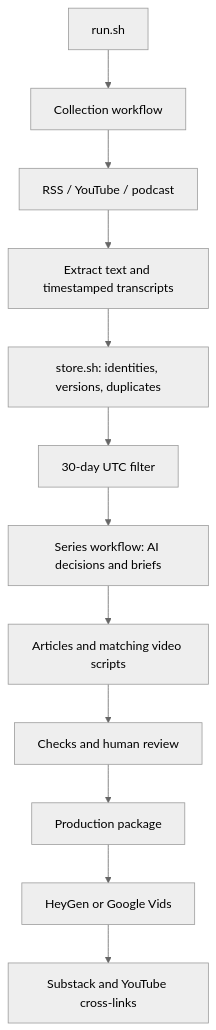
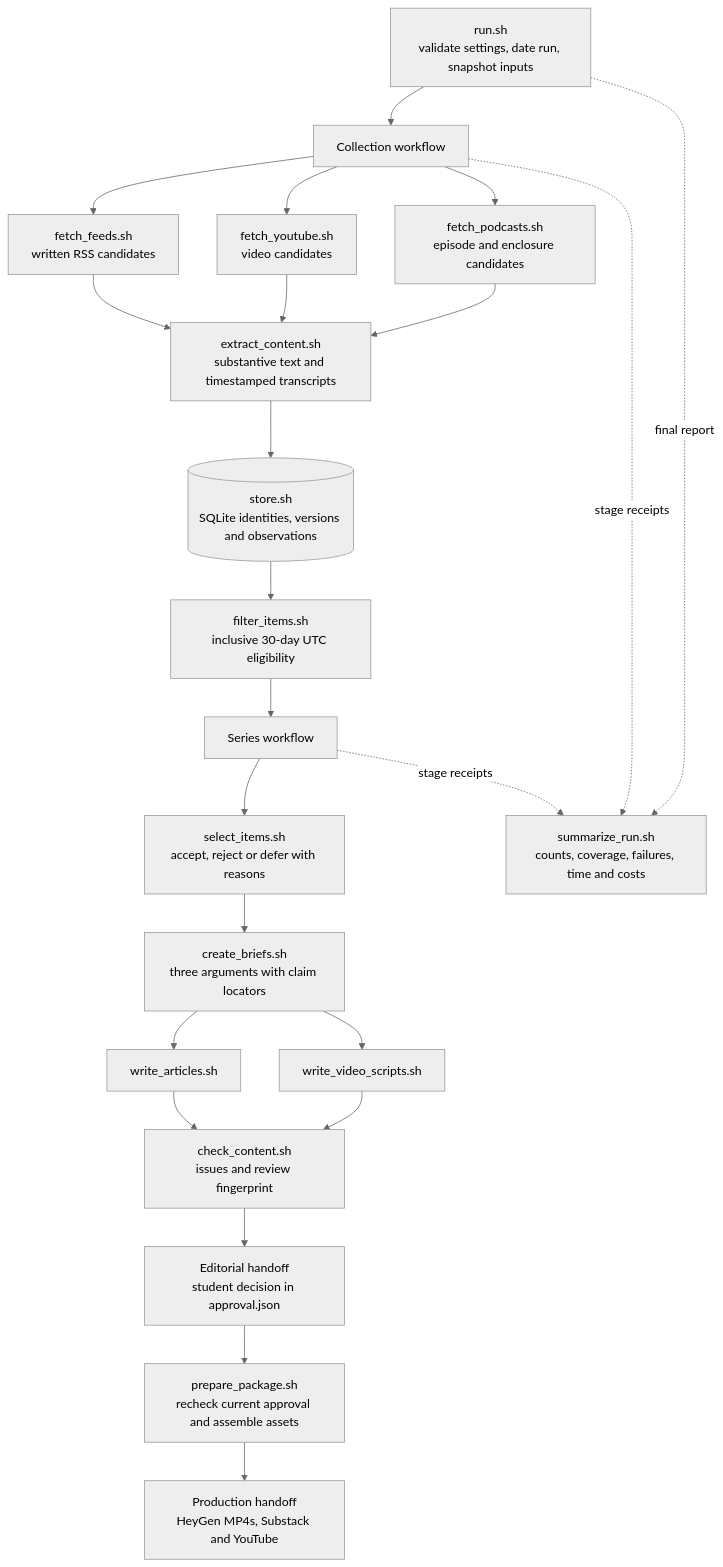
The diagram in SUBMISSION.md (Ghaida486/ps04---Beyond-the-Target-), drawn with Mermaid (neutral theme) before and after one commit. The commit also changed other lines of this file, not shown here.

Commit message:
Clarify architecture, state ownership and publication handoffs

````diff
--- a/SUBMISSION.md
+++ b/SUBMISSION.md
@@ -31,14 +57,25 @@
 ```mermaid
 flowchart TD
- A[run.sh] --> B[Collection workflow]
- B --> C[RSS / YouTube / podcast]
- C --> D[Extract text and timestamped transcripts]
- D --> E[store.sh: identities, versions, duplicates]
- E --> F[30-day UTC filter]
- F --> G[Series workflow: AI decisions and briefs]
- G --> H[Articles and matching video scripts]
- H --> I[Checks and human review]
- I --> J[Production package]
- J --> K[HeyGen or Google Vids]
- K --> L[Substack and YouTube cross-links]
+    R["run.sh<br/>validate settings, date run, snapshot inputs"] --> C["Collection workflow"]
+    C --> F["fetch_feeds.sh<br/>written RSS candidates"]
+    C --> Y["fetch_youtube.sh<br/>video candidates"]
+    C --> P["fetch_podcasts.sh<br/>episode and enclosure candidates"]
+    F --> E["extract_content.sh<br/>substantive text and timestamped transcripts"]
+    Y --> E
+    P --> E
+    E --> D[("store.sh<br/>SQLite identities, versions and observations")]
+    D --> W["filter_items.sh<br/>inclusive 30-day UTC eligibility"]
+    W --> S["Series workflow"]
+    S --> A["select_items.sh<br/>accept, reject or defer with reasons"]
+    A --> B["create_briefs.sh<br/>three arguments with claim locators"]
+    B --> N["write_articles.sh"]
+    B --> V["write_video_scripts.sh"]
+    N --> K["check_content.sh<br/>issues and review fingerprint"]
+    V --> K
+    K --> H["Editorial handoff<br/>student decision in approval.json"]
+    H --> X["prepare_package.sh<br/>recheck current approval and assemble assets"]
+    X --> M["Production handoff<br/>HeyGen MP4s, Substack and YouTube"]
+    R -. "final report" .-> Z["summarize_run.sh<br/>counts, coverage, failures, time and costs"]
+    C -. "stage receipts" .-> Z
+    S -. "stage receipts" .-> Z
 ```
````
